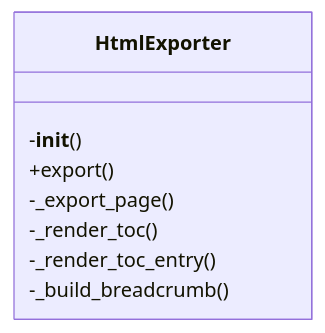
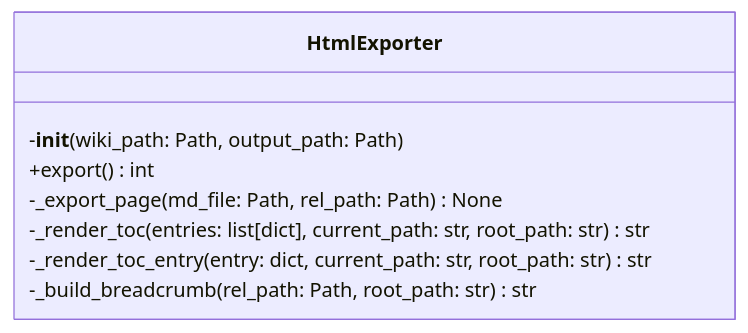
Before and after one commit to UrbanDiver/local-deepwiki-mcp: the first of 2 diagrams in .deepwiki/files/src/local_deepwiki/export/html.md, drawn with Mermaid. The commit also changed other lines of this file and 75 other files, not shown here.

````diff
--- a/.deepwiki/files/src/local_deepwiki/export/html.md
+++ b/.deepwiki/files/src/local_deepwiki/export/html.md
@@ -236,11 +216,11 @@
 ```mermaid
 classDiagram
     class HtmlExporter {
-        -__init__()
-        +export()
-        -_export_page()
-        -_render_toc()
-        -_render_toc_entry()
-        -_build_breadcrumb()
+        -__init__(wiki_path: Path, output_path: Path)
+        +export() int
+        -_export_page(md_file: Path, rel_path: Path) None
+        -_render_toc(entries: list[dict], current_path: str, root_path: str) str
+        -_render_toc_entry(entry: dict, current_path: str, root_path: str) str
+        -_build_breadcrumb(rel_path: Path, root_path: str) str
     }
 ```
````
